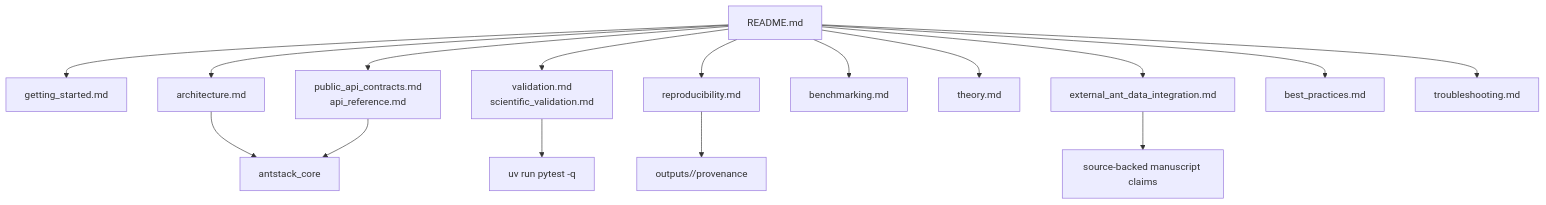
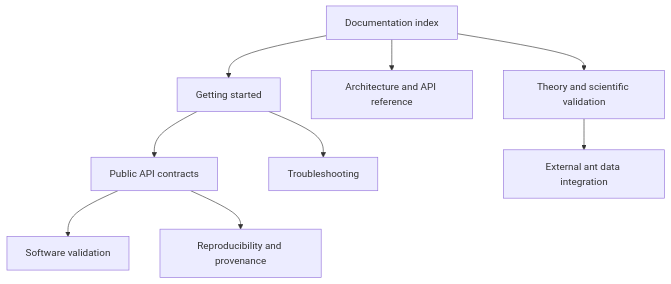
One commit to docxology/ant_stack changed the diagram in docs/README.md. Above: the diagram before and after it, drawn with Mermaid. The commit also changed other lines of this file and 254 other files, not shown here.

Commit message:
Prepare 3.0.0 scientific contracts and failure-honest publication

````diff
--- a/docs/README.md
+++ b/docs/README.md
@@ -7,18 +21,11 @@
 ```mermaid
 flowchart TD
-    Start["README.md"] --> Setup["getting_started.md"]
-    Start --> Architecture["architecture.md"]
-    Start --> API["public_api_contracts.md\napi_reference.md"]
-    Start --> Validation["validation.md\nscientific_validation.md"]
-    Start --> Repro["reproducibility.md"]
-    Start --> Bench["benchmarking.md"]
-    Start --> Theory["theory.md"]
-    Start --> Data["external_ant_data_integration.md"]
-    Start --> Practice["best_practices.md"]
-    Start --> Trouble["troubleshooting.md"]
-    Architecture --> Package["antstack_core"]
-    API --> Package
-    Validation --> Tests["uv run pytest -q"]
-    Repro --> Outputs["outputs/<run_id>/provenance"]
-    Data --> Claims["source-backed manuscript claims"]
+    Start["Documentation index"] --> Setup["Getting started"]
+    Start --> Architecture["Architecture and API reference"]
+    Start --> Science["Theory and scientific validation"]
+    Setup --> Contracts["Public API contracts"]
+    Setup --> Trouble["Troubleshooting"]
+    Contracts --> Validation["Software validation"]
+    Contracts --> Repro["Reproducibility and provenance"]
+    Science --> Data["External ant data integration"]
 ```
````
